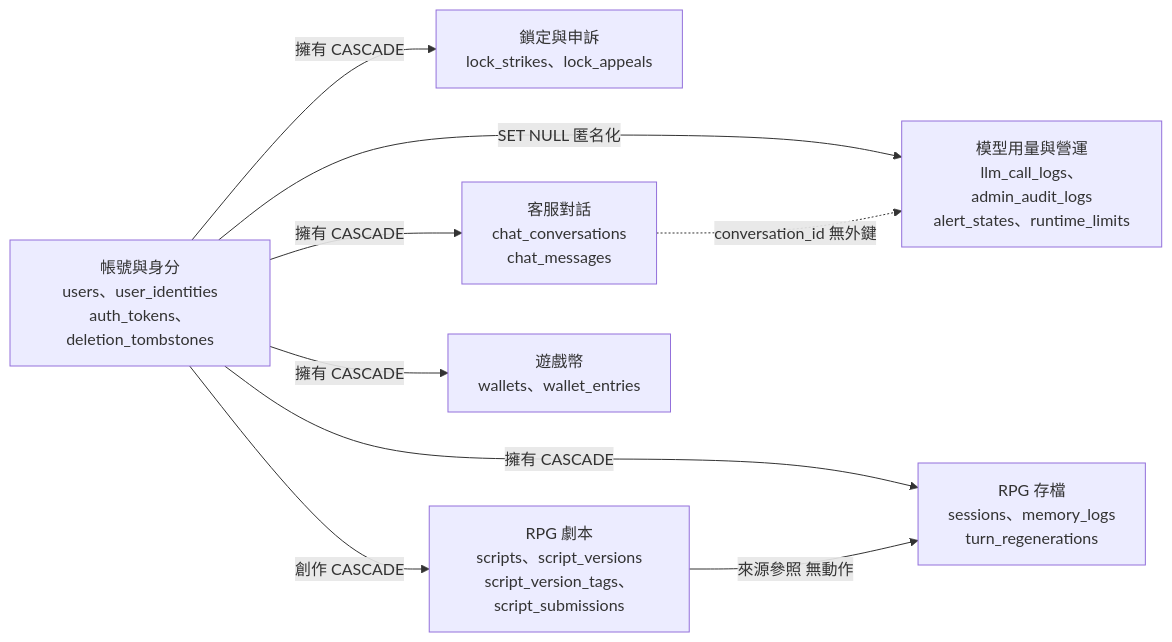
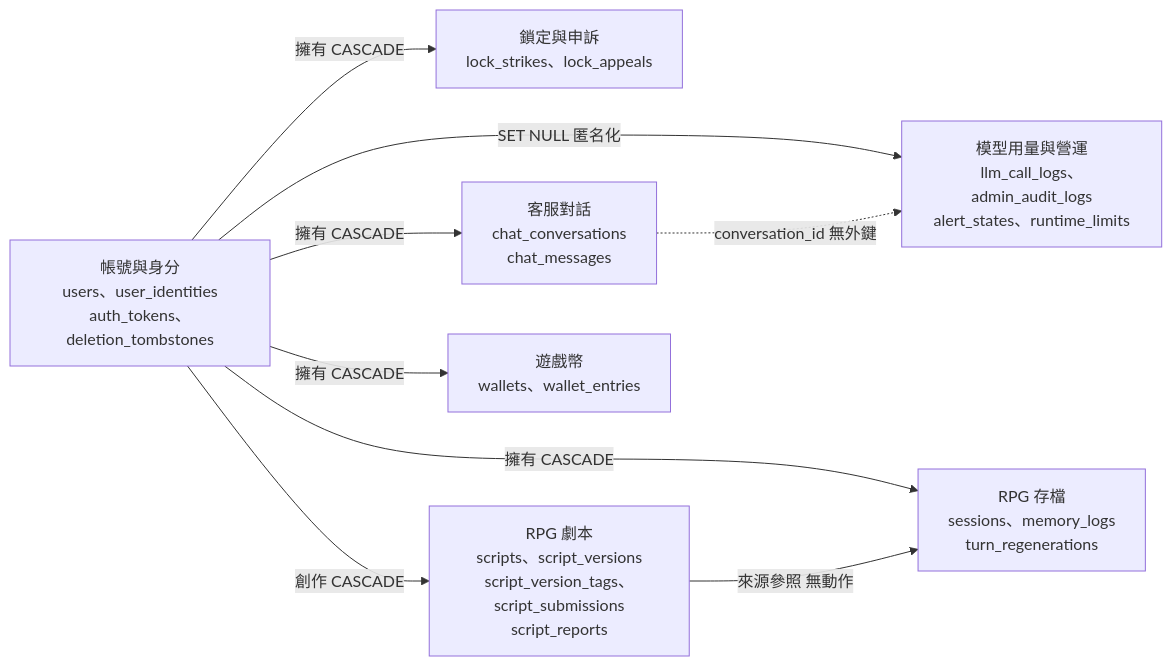
The first of 12 diagrams in docs/project資料結構文件.md (pp466pp466/R.A.C), drawn with Mermaid before and after one commit. The commit also changed other lines of this file and 16 other files, not shown here.

First line of the commit message:
rpg-script-reports ① 批：資料層（遷移 0022、模型、ScriptReportRepository、守門與資料文件）

````diff
--- a/docs/project資料結構文件.md
+++ b/docs/project資料結構文件.md
@@ -35,18 +37,18 @@
 ```mermaid
 flowchart LR
     U["帳號與身分<br/>users、user_identities<br/>auth_tokens、deletion_tombstones"]
     L["鎖定與申訴<br/>lock_strikes、lock_appeals"]
     C["客服對話<br/>chat_conversations<br/>chat_messages"]
     O["模型用量與營運<br/>llm_call_logs、admin_audit_logs<br/>alert_states、runtime_limits"]
-    S["RPG 劇本<br/>scripts、script_versions<br/>script_version_tags、script_submissions"]
+    S["RPG 劇本<br/>scripts、script_versions<br/>script_version_tags、script_submissions<br/>script_reports"]
     G["RPG 存檔<br/>sessions、memory_logs<br/>turn_regenerations"]
     W["遊戲幣<br/>wallets、wallet_entries"]
     U -->|"擁有 CASCADE"| L
     U -->|"擁有 CASCADE"| C
     U -->|"SET NULL 匿名化"| O
     U -->|"創作 CASCADE"| S
     U -->|"擁有 CASCADE"| G
     U -->|"擁有 CASCADE"| W
     S -->|"來源參照 無動作"| G
     C -.->|"conversation_id 無外鍵"| O
 ```
````
